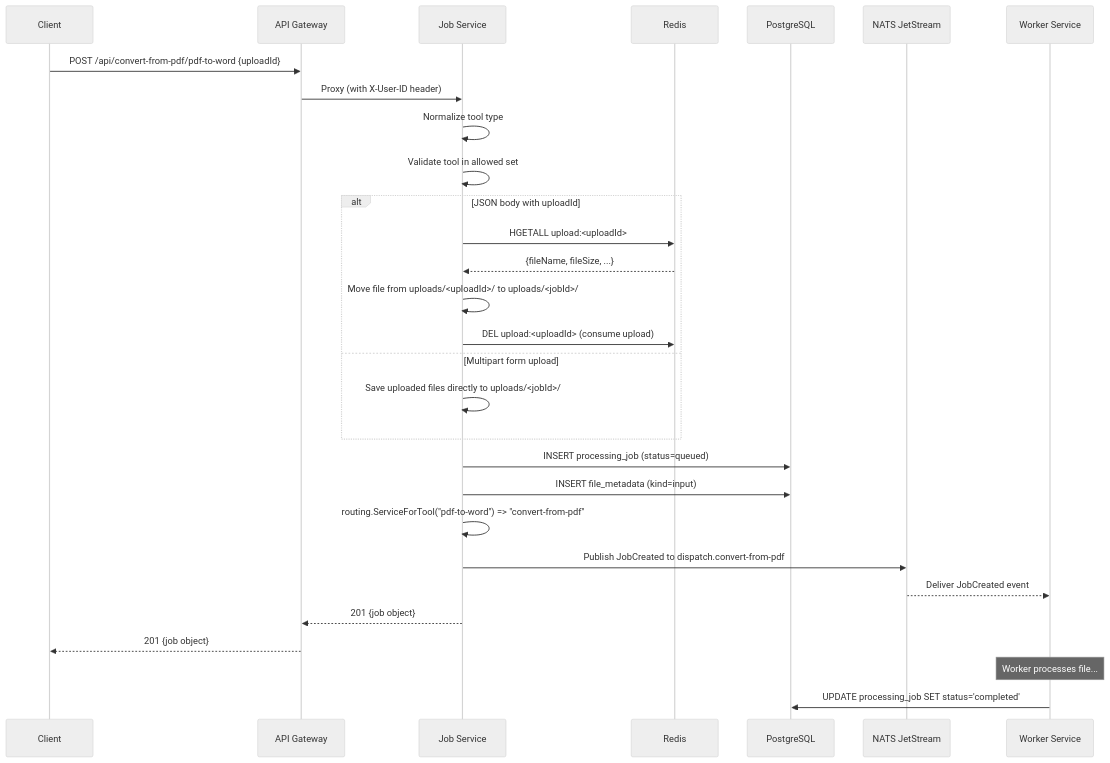
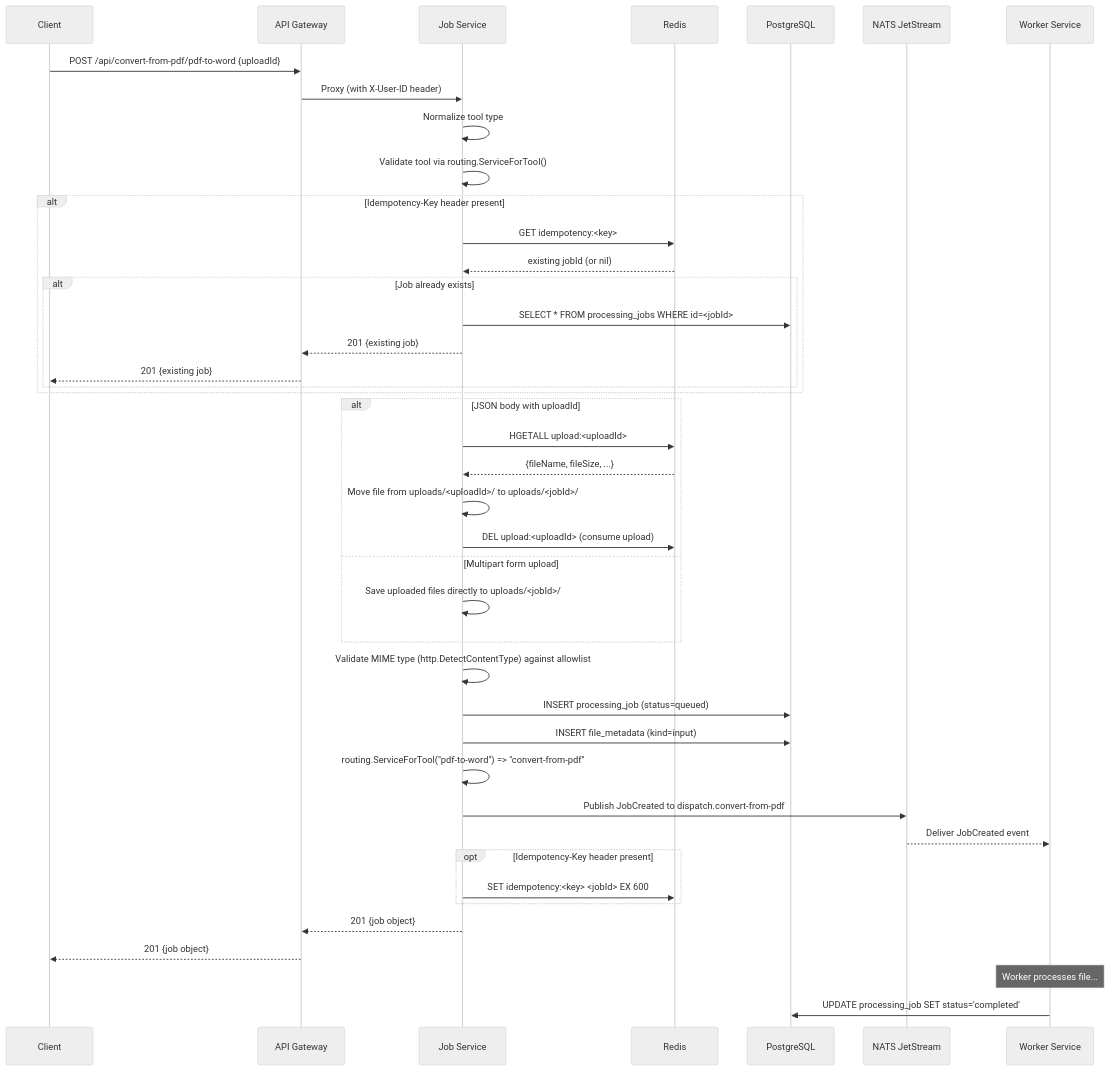
Before and after one commit to Prachidubey2003/fyredocs_backend: the second of 4 diagrams in docs/services/JOB_SERVICE.md, drawn with Mermaid (neutral theme). The commit also changed other lines of this file and 41 other files, not shown here.

````diff
--- a/docs/services/JOB_SERVICE.md
+++ b/docs/services/JOB_SERVICE.md
@@ -247,38 +280,54 @@
 ```mermaid
 sequenceDiagram
     participant C as Client
     participant GW as API Gateway
     participant JS as Job Service
     participant R as Redis
     participant DB as PostgreSQL
     participant NATS as NATS JetStream
     participant W as Worker Service
 
     C->>GW: POST /api/convert-from-pdf/pdf-to-word {uploadId}
     GW->>JS: Proxy (with X-User-ID header)
 
     JS->>JS: Normalize tool type
-    JS->>JS: Validate tool in allowed set
+    JS->>JS: Validate tool via routing.ServiceForTool()
+
+    alt Idempotency-Key header present
+        JS->>R: GET idempotency:<key>
+        R-->>JS: existing jobId (or nil)
+        alt Job already exists
+            JS->>DB: SELECT * FROM processing_jobs WHERE id=<jobId>
+            JS-->>GW: 201 {existing job}
+            GW-->>C: 201 {existing job}
+        end
+    end
 
     alt JSON body with uploadId
         JS->>R: HGETALL upload:<uploadId>
         R-->>JS: {fileName, fileSize, ...}
         JS->>JS: Move file from uploads/<uploadId>/ to uploads/<jobId>/
         JS->>R: DEL upload:<uploadId> (consume upload)
     else Multipart form upload
         JS->>JS: Save uploaded files directly to uploads/<jobId>/
     end
 
+    JS->>JS: Validate MIME type (http.DetectContentType) against allowlist
+
     JS->>DB: INSERT processing_job (status=queued)
     JS->>DB: INSERT file_metadata (kind=input)
 
     JS->>JS: routing.ServiceForTool("pdf-to-word") => "convert-from-pdf"
     JS->>NATS: Publish JobCreated to dispatch.convert-from-pdf
     NATS-->>W: Deliver JobCreated event
 
+    opt Idempotency-Key header present
+        JS->>R: SET idempotency:<key> <jobId> EX 600
+    end
+
     JS-->>GW: 201 {job object}
     GW-->>C: 201 {job object}
 
     Note over W: Worker processes file...
     W->>DB: UPDATE processing_job SET status='completed'
 ```
````
